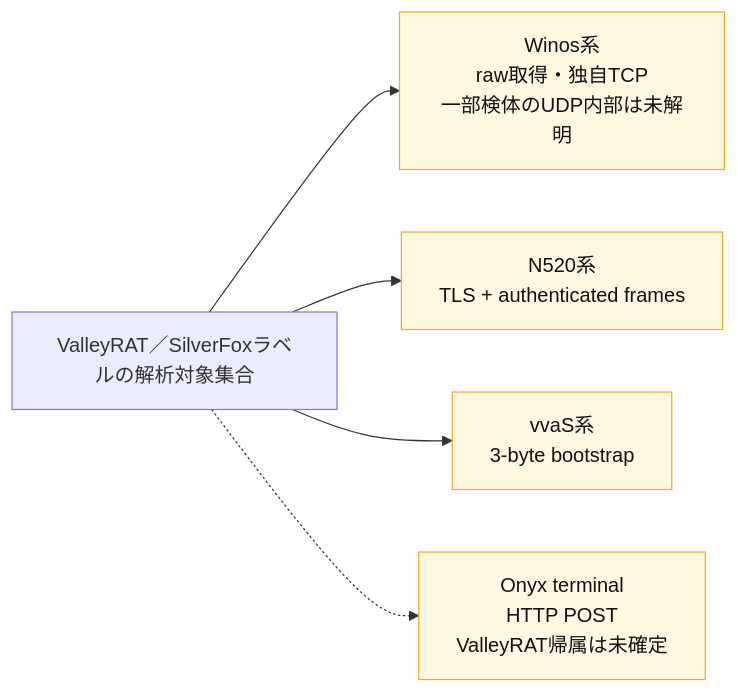
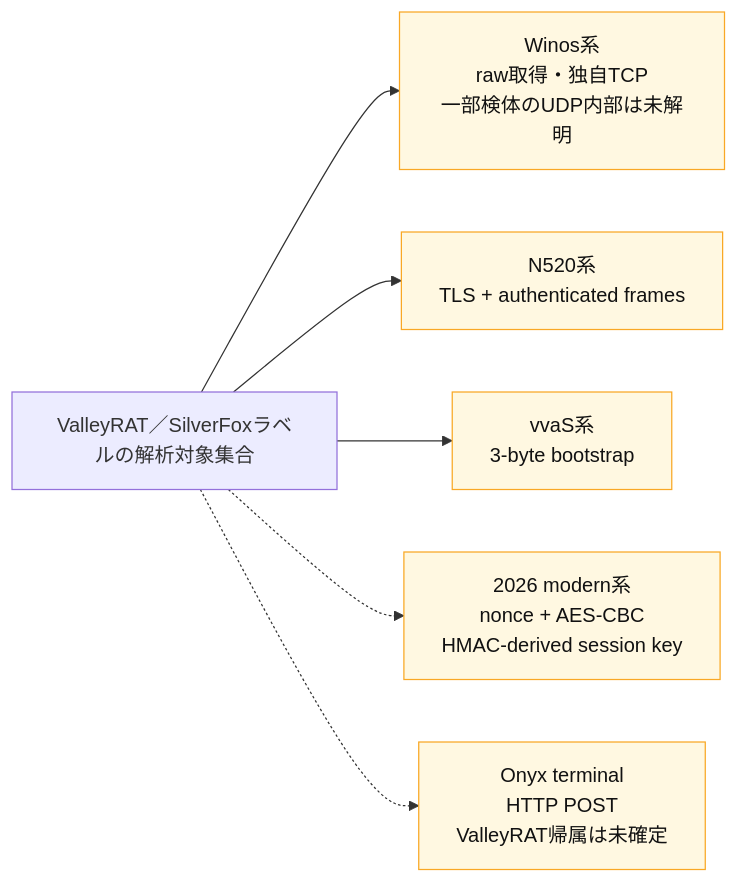
Before and after one commit to proshiba/AI-security-analysis: the first of 7 diagrams in analysis-framework/malware/valleyrat/docs/COMMUNICATION-PROTOCOL-ANALYSIS.md, drawn with Mermaid. The commit also changed other lines of this file and 30 other files, not shown here.

````diff
--- a/analysis-framework/malware/valleyrat/docs/COMMUNICATION-PROTOCOL-ANALYSIS.md
+++ b/analysis-framework/malware/valleyrat/docs/COMMUNICATION-PROTOCOL-ANALYSIS.md
@@ -18,19 +19,21 @@
 ```mermaid
 flowchart LR
     Corpus["ValleyRAT／SilverFoxラベルの解析対象集合"]
     Winos["Winos系<br/>raw取得・独自TCP<br/>一部検体のUDP内部は未解明"]
     N520["N520系<br/>TLS + authenticated frames"]
     Vvas["vvaS系<br/>3-byte bootstrap"]
+    Modern["2026 modern系<br/>nonce + AES-CBC<br/>HMAC-derived session key"]
     Onyx["Onyx terminal<br/>HTTP POST<br/>ValleyRAT帰属は未確定"]
 
     Corpus --> Winos
     Corpus --> N520
     Corpus --> Vvas
+    Corpus -.-> Modern
     Corpus -.-> Onyx
 
     classDef confirmed fill:#e8f5e9,stroke:#2e7d32,color:#111;
     classDef limited fill:#fff8e1,stroke:#f9a825,color:#111;
     class Winos limited;
-    class N520,Vvas limited;
+    class N520,Vvas,Modern limited;
     class Onyx limited;
 ```
````
